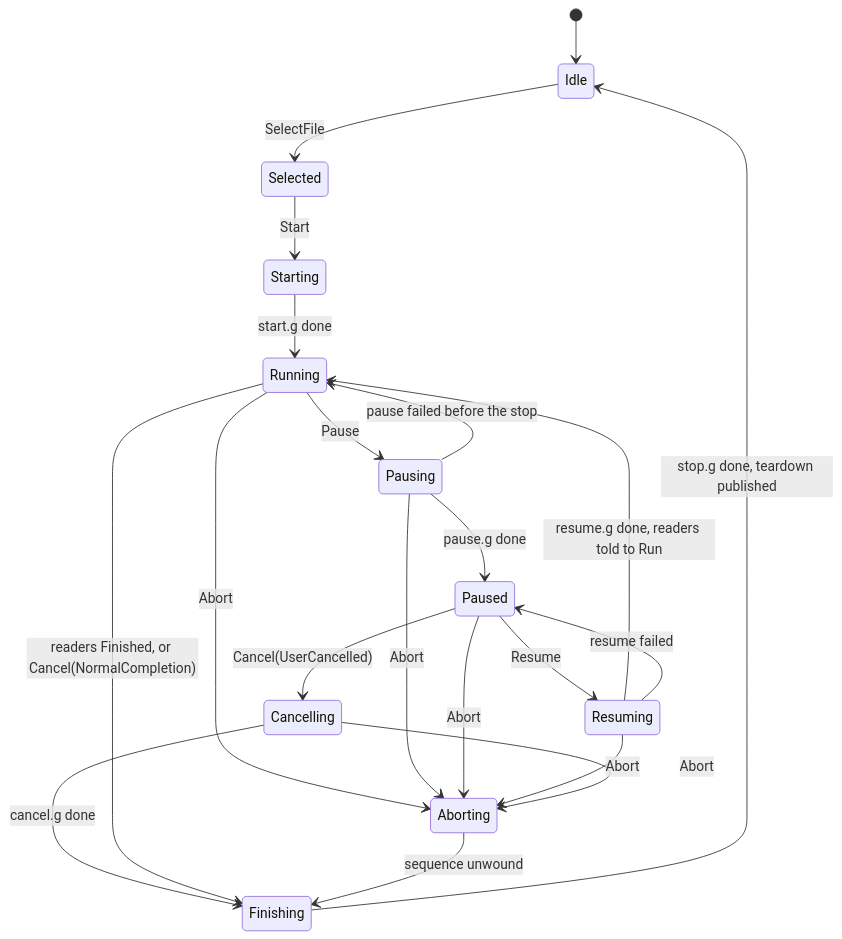
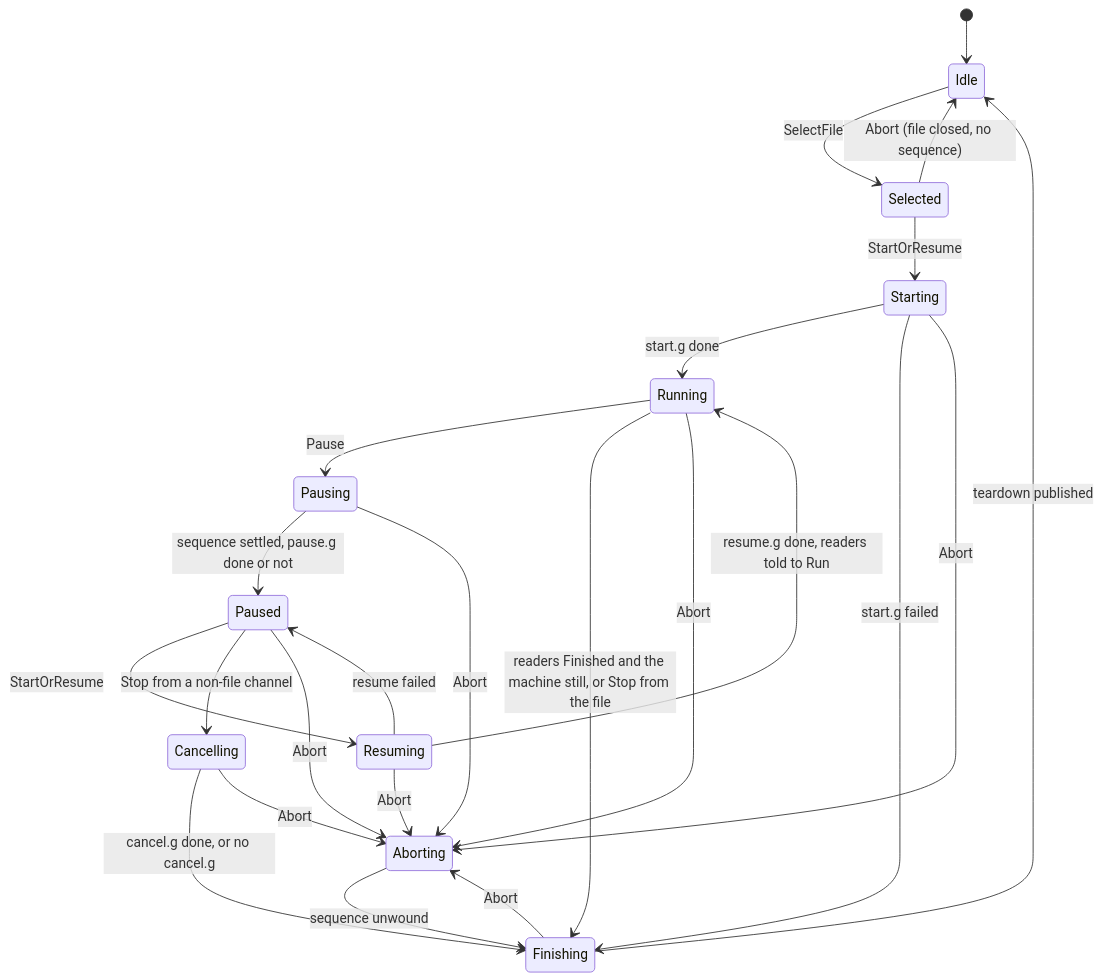
The third of 4 diagrams in docs/devel/JOB_CONTROL_CONCURRENCY.md (Duet3D/DuetSoftwareFramework), drawn with Mermaid before and after one commit. The commit also changed other lines of this file and 6 other files, not shown here.

````diff
--- a/docs/devel/JOB_CONTROL_CONCURRENCY.md
+++ b/docs/devel/JOB_CONTROL_CONCURRENCY.md
@@ -658,23 +686,26 @@
 ```mermaid
 stateDiagram-v2
     [*] --> Idle
     Idle --> Selected: SelectFile
-    Selected --> Starting: Start
+    Selected --> Idle: Abort (file closed, no sequence)
+    Selected --> Starting: StartOrResume
     Starting --> Running: start.g done
+    Starting --> Finishing: start.g failed
     Running --> Pausing: Pause
-    Pausing --> Paused: pause.g done
-    Pausing --> Running: pause failed before the stop
-    Paused --> Resuming: Resume
+    Pausing --> Paused: sequence settled, pause.g done or not
+    Paused --> Resuming: StartOrResume
     Resuming --> Running: resume.g done, readers told to Run
     Resuming --> Paused: resume failed
-    Paused --> Cancelling: Cancel(UserCancelled)
-    Cancelling --> Finishing: cancel.g done
-    Running --> Finishing: readers Finished, or Cancel(NormalCompletion)
+    Paused --> Cancelling: Stop from a non-file channel
+    Cancelling --> Finishing: cancel.g done, or no cancel.g
+    Running --> Finishing: readers Finished and the machine still, or Stop from the file
     Running --> Aborting: Abort
+    Starting --> Aborting: Abort
     Pausing --> Aborting: Abort
     Paused --> Aborting: Abort
     Resuming --> Aborting: Abort
     Cancelling --> Aborting: Abort
+    Finishing --> Aborting: Abort
     Aborting --> Finishing: sequence unwound
-    Finishing --> Idle: stop.g done, teardown published
+    Finishing --> Idle: teardown published
 ```
````
